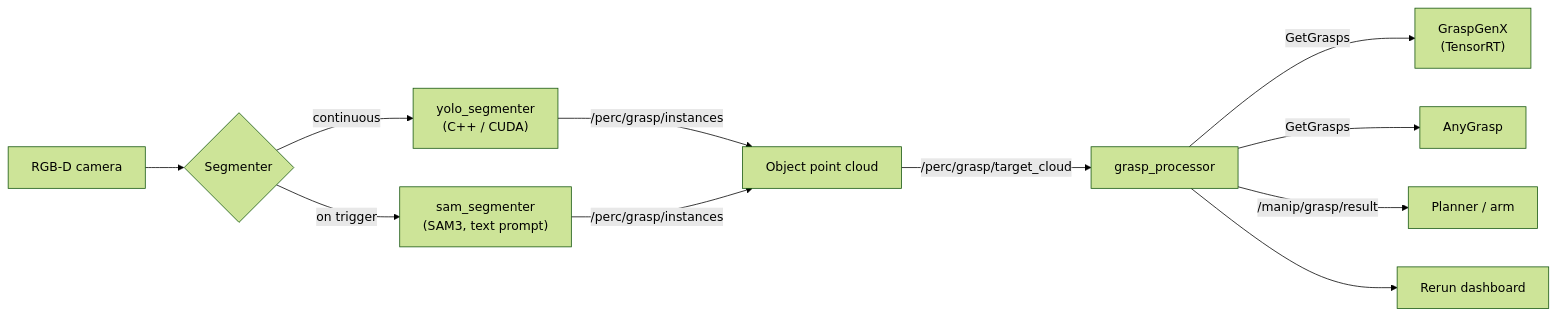
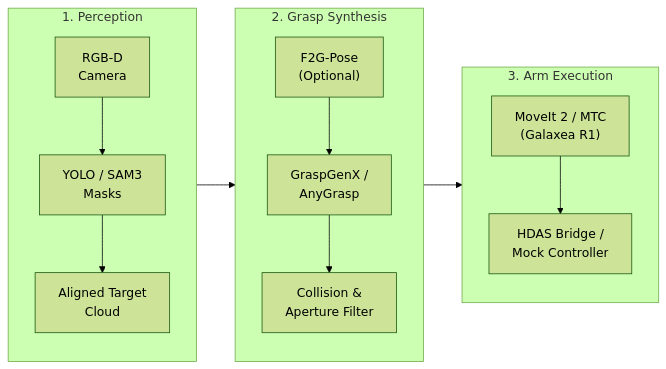
The diagram in docs/grasping.md (Team-Robo/robocuphome_release), drawn with Mermaid (forest theme) before and after one commit. The commit also changed other lines of this file and 14 other files, not shown here.

Commit message:
Update Robo@EEE Software Release portal with 27 public repos, architecture guides, and aligned theme

````diff
--- a/docs/grasping.md
+++ b/docs/grasping.md
@@ -17,13 +7,19 @@
 ```mermaid
 flowchart LR
-  CAM["RGB-D camera"] --> SEG{"Segmenter"}
-  SEG -->|"continuous"| YOLO["yolo_segmenter<br/>(C++ / CUDA)"]
-  SEG -->|"on trigger"| SAM["sam_segmenter<br/>(SAM3, text prompt)"]
-  YOLO -->|"/perc/grasp/instances"| PC["Object point cloud"]
-  SAM -->|"/perc/grasp/instances"| PC
-  PC -->|"/perc/grasp/target_cloud"| PROC["grasp_processor"]
-  PROC -->|"GetGrasps"| GGX["GraspGenX<br/>(TensorRT)"]
-  PROC -->|"GetGrasps"| AG["AnyGrasp"]
-  PROC -->|"/manip/grasp/result"| OUT["Planner / arm"]
-  PROC --> RR["Rerun dashboard"]
+    subgraph Input["1. Perception"]
+        direction TB
+        RGBD["RGB-D<br/>Camera"] --> Seg["YOLO / SAM3<br/>Masks"] --> Cloud["Aligned Target<br/>Cloud"]
+    end
+
+    subgraph Grasp["2. Grasp Synthesis"]
+        direction TB
+        F2G["F2G-Pose<br/>(Optional)"] --> Gen["GraspGenX /<br/>AnyGrasp"] --> Filt["Collision &<br/>Aperture Filter"]
+    end
+
+    subgraph Exec["3. Arm Execution"]
+        direction TB
+        MTC["MoveIt 2 / MTC<br/>(Galaxea R1)"] --> Ctrl["HDAS Bridge /<br/>Mock Controller"]
+    end
+
+    Input --> Grasp --> Exec
 ```
````
